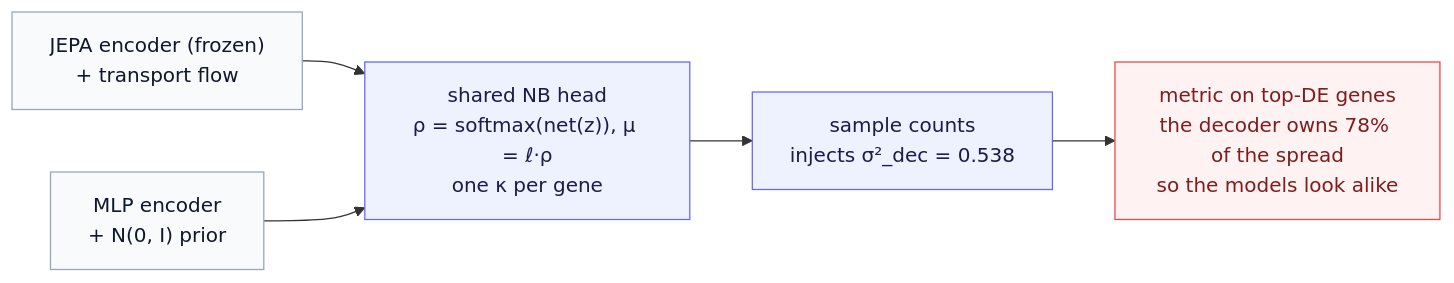
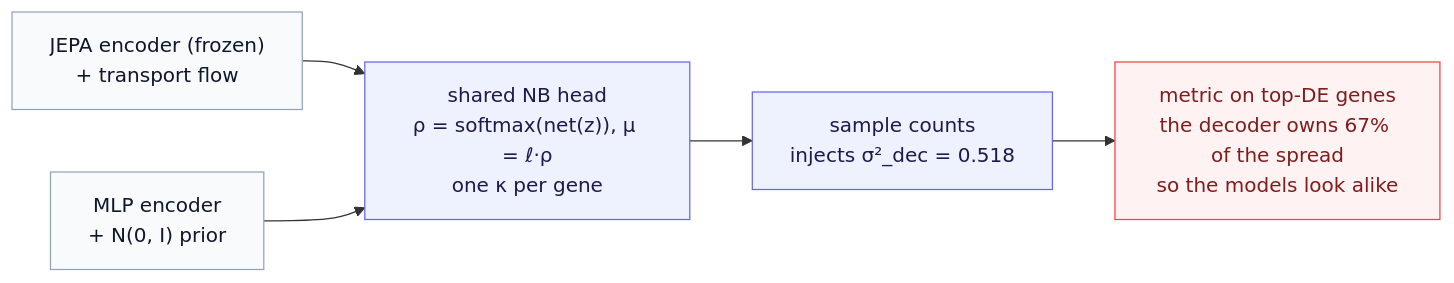
Before and after one commit to pleiadian53/ssl-lab: the diagram in examples/perturbation_response/docs/conditional-flow-jepa/06-beyond-the-current-limit.md, drawn with Mermaid. The commit also changed other lines of this file and 11 other files, not shown here.

````diff
--- a/examples/perturbation_response/docs/conditional-flow-jepa/06-beyond-the-current-limit.md
+++ b/examples/perturbation_response/docs/conditional-flow-jepa/06-beyond-the-current-limit.md
@@ -33,13 +31,13 @@
 ```mermaid
 flowchart LR
     FLOW["JEPA encoder (frozen)<br/>+ transport flow"] --> HEAD
     VAE["MLP encoder<br/>+ N(0, I) prior"] --> HEAD
-    HEAD["shared NB head<br/>ρ = softmax(net(z)), μ = ℓ·ρ<br/>one κ per gene"] --> SAMP["sample counts<br/>injects σ²_dec = 0.538"]
-    SAMP --> M["metric on top-DE genes<br/>the decoder owns 78% of the spread<br/>so the models look alike"]
+    HEAD["shared NB head<br/>ρ = softmax(net(z)), μ = ℓ·ρ<br/>one κ per gene"] --> SAMP["sample counts<br/>injects σ²_dec = 0.518"]
+    SAMP --> M["metric on top-DE genes<br/>the decoder owns 67% of the spread<br/>so the models look alike"]
     classDef io fill:#f8fafc,stroke:#94a3b8,color:#0f172a;
     classDef accent fill:#eef2ff,stroke:#6366f1,color:#1e1b4b;
     classDef warn fill:#fef2f2,stroke:#ef4444,color:#7f1d1d;
     class FLOW,VAE io;
     class HEAD,SAMP accent;
     class M warn;
 ```
````
